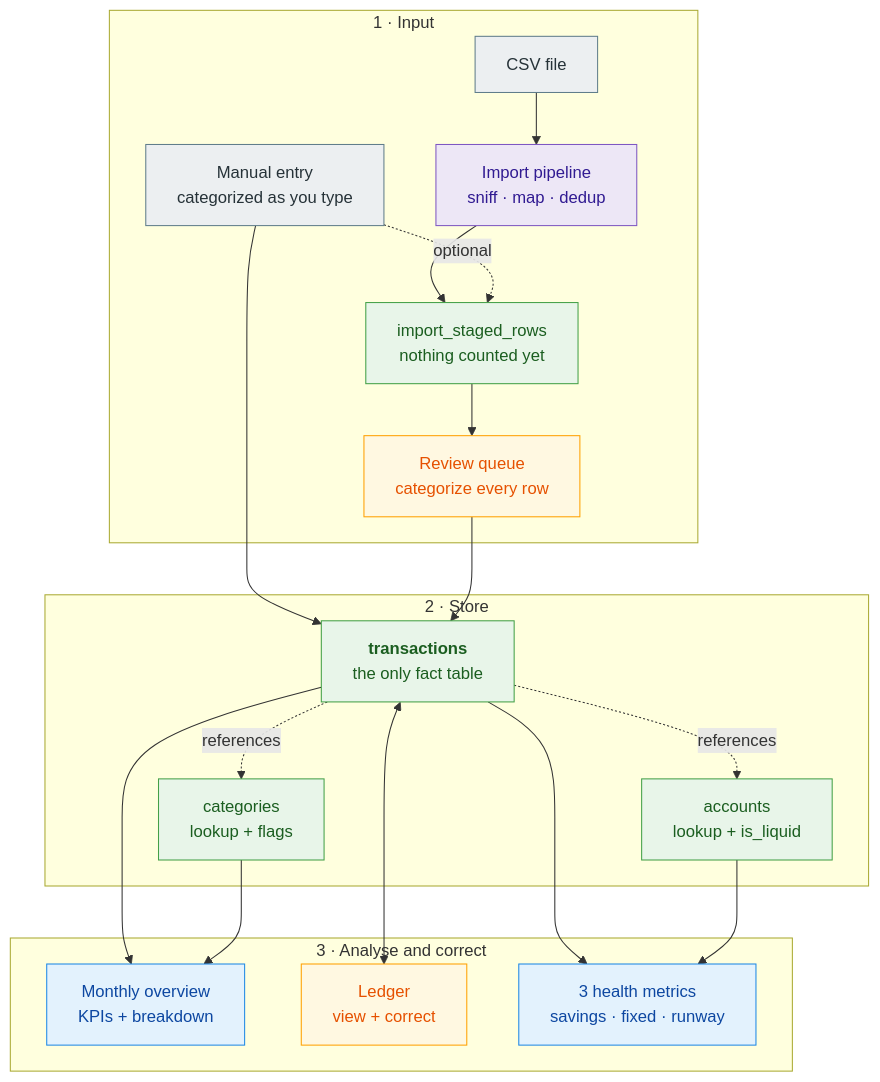
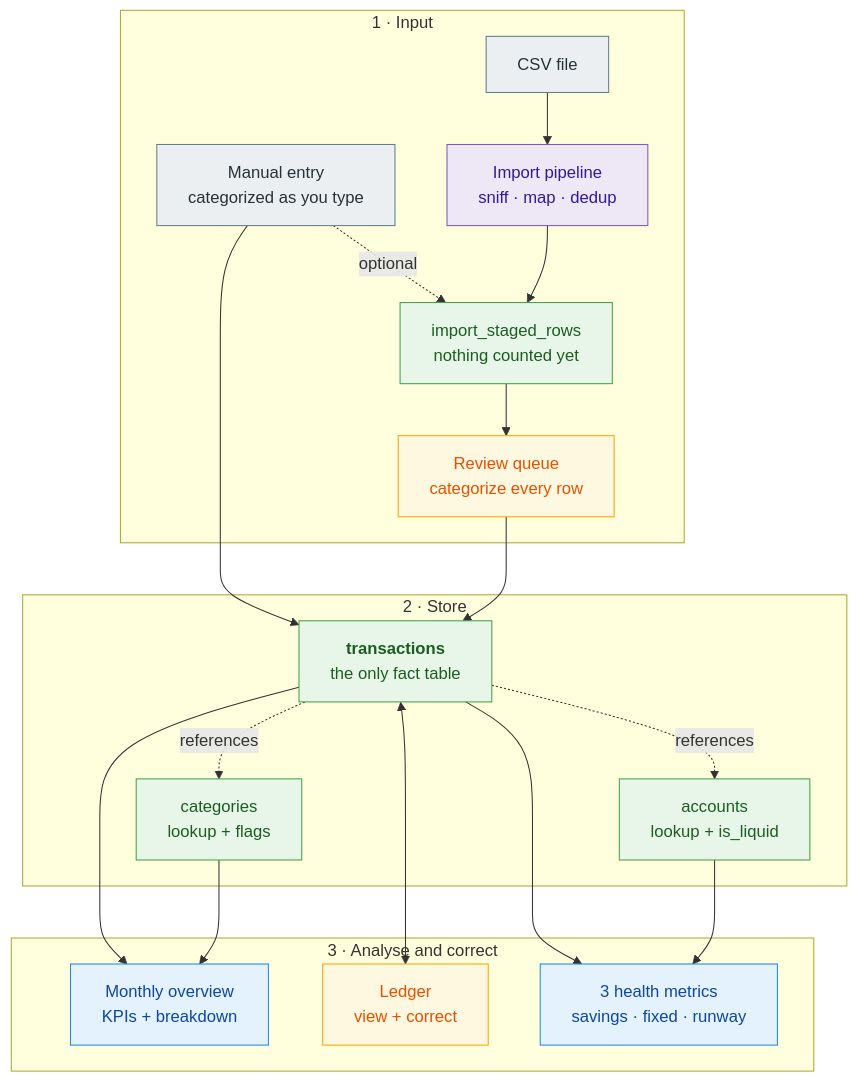
One commit to stolle42/financialCopilot changed the first of 2 diagrams in ARCHITECTURE.md. Above: the diagram before and after it, drawn with Mermaid.

Commit message:
minor correction arcitecture

````diff
--- a/ARCHITECTURE.md
+++ b/ARCHITECTURE.md
@@ -13,44 +13,44 @@
 ```mermaid
 flowchart TD
     subgraph STAGE1 ["1 · Input"]
         M["Manual entry<br/>categorized as you type"]
         C["CSV file"] --> P["Import pipeline<br/>sniff · map · dedup"]
-        P --> S["import_staged_rows<br/>nothing counted yet"]
+        M -. optional .-> S["import_staged_rows<br/>nothing counted yet"]
+        P --> S
         S --> R["Review queue<br/>categorize every row"]
     end
 
     subgraph STAGE2 ["2 · Store"]
         CAT["categories<br/>lookup + flags"]
         T["<b>transactions</b><br/>the only fact table"]
         ACC["accounts<br/>lookup + is_liquid"]
     end
 
     subgraph STAGE3 ["3 · Analyse and correct"]
         MO["Monthly overview<br/>KPIs + breakdown"]
         L["Ledger<br/>view + correct"]
         HM["3 health metrics<br/>savings · fixed · runway"]
     end
 
     M --> T
-    M -. optional .-> S
     R --> T
     T -. references .-> CAT
     T -. references .-> ACC
     T <--> L
     T --> MO
     T --> HM
     CAT --> MO
     ACC --> HM
 
     classDef input fill:#eceff1,stroke:#607d8b,stroke-width:1px,color:#263238
     classDef process fill:#ede7f6,stroke:#7e57c2,stroke-width:1px,color:#311b92
     classDef table fill:#e8f5e9,stroke:#43a047,stroke-width:1px,color:#1b5e20
     classDef writeview fill:#fff8e1,stroke:#ffa000,stroke-width:1px,color:#e65100
     classDef readview fill:#e3f2fd,stroke:#1e88e5,stroke-width:1px,color:#0d47a1
 
     class M,C input
     class P process
     class S,T,CAT,ACC table
     class R,L writeview
     class MO,HM readview
 ```
````
